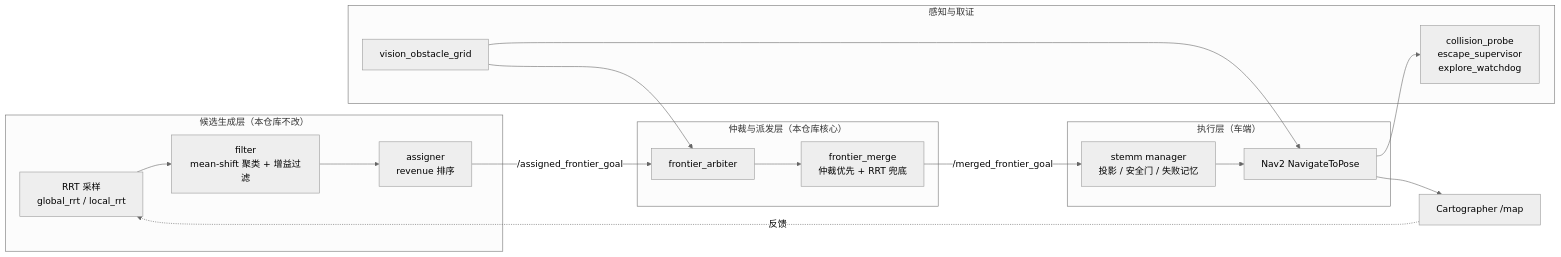
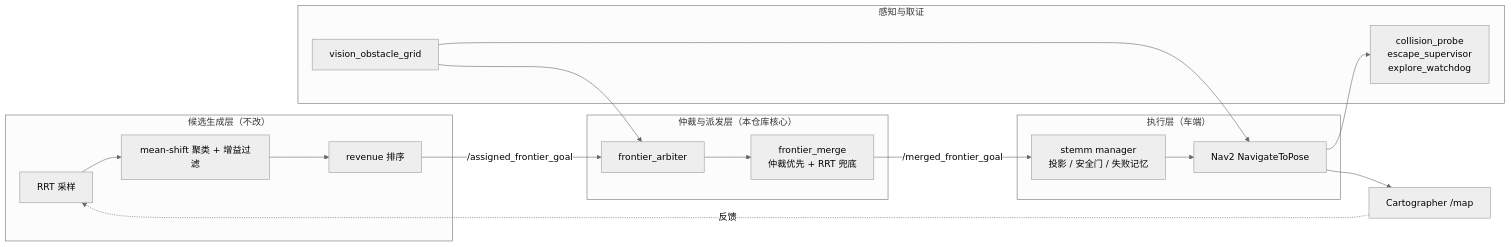
The diagram in README.md (kkk1027/Exploration), drawn with Mermaid (neutral theme) before and after one commit. The commit also changed other lines of this file, not shown here.

````diff
--- a/README.md
+++ b/README.md
@@ -76,34 +184,34 @@
 ```mermaid
 flowchart LR
-    subgraph GEN["候选生成层（本仓库不改）"]
-        RRT["RRT 采样<br/>global_rrt / local_rrt"]
-        FIL["filter<br/>mean-shift 聚类 + 增益过滤"]
-        ASN["assigner<br/>revenue 排序"]
+    subgraph GEN["候选生成层（不改）"]
+        RRT["RRT 采样"]
+        FIL["mean-shift 聚类 + 增益过滤"]
+        ASN["revenue 排序"]
         RRT --> FIL --> ASN
     end
 
     subgraph ARB["仲裁与派发层（本仓库核心）"]
         ARB1["frontier_arbiter"]
         MRG["frontier_merge<br/>仲裁优先 + RRT 兜底"]
         ARB1 --> MRG
     end
 
     subgraph EXE["执行层（车端）"]
         MGR["stemm manager<br/>投影 / 安全门 / 失败记忆"]
         NAV["Nav2 NavigateToPose"]
         MGR --> NAV
     end
 
     subgraph PER["感知与取证"]
         VIS["vision_obstacle_grid"]
         PROBE["collision_probe<br/>escape_supervisor<br/>explore_watchdog"]
     end
 
     ASN -->|"/assigned_frontier_goal"| ARB1
     MRG -->|"/merged_frontier_goal"| MGR
     NAV --> SLAM["Cartographer /map"]
     SLAM -.->|"反馈"| RRT
     VIS --> ARB1
     VIS --> NAV
     NAV --> PROBE
 ```
````
